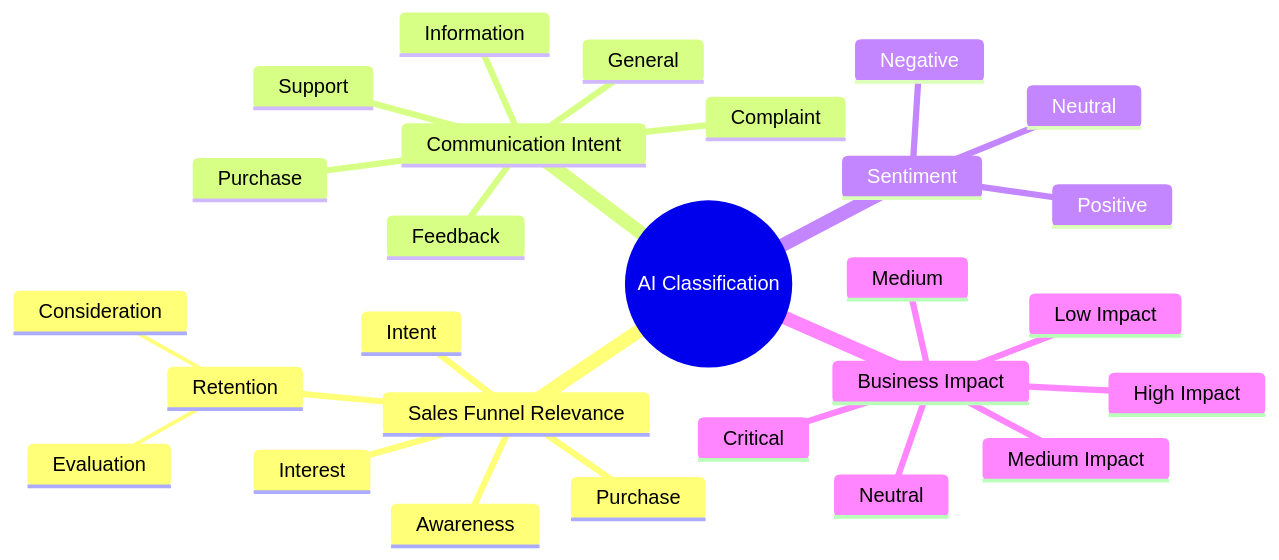
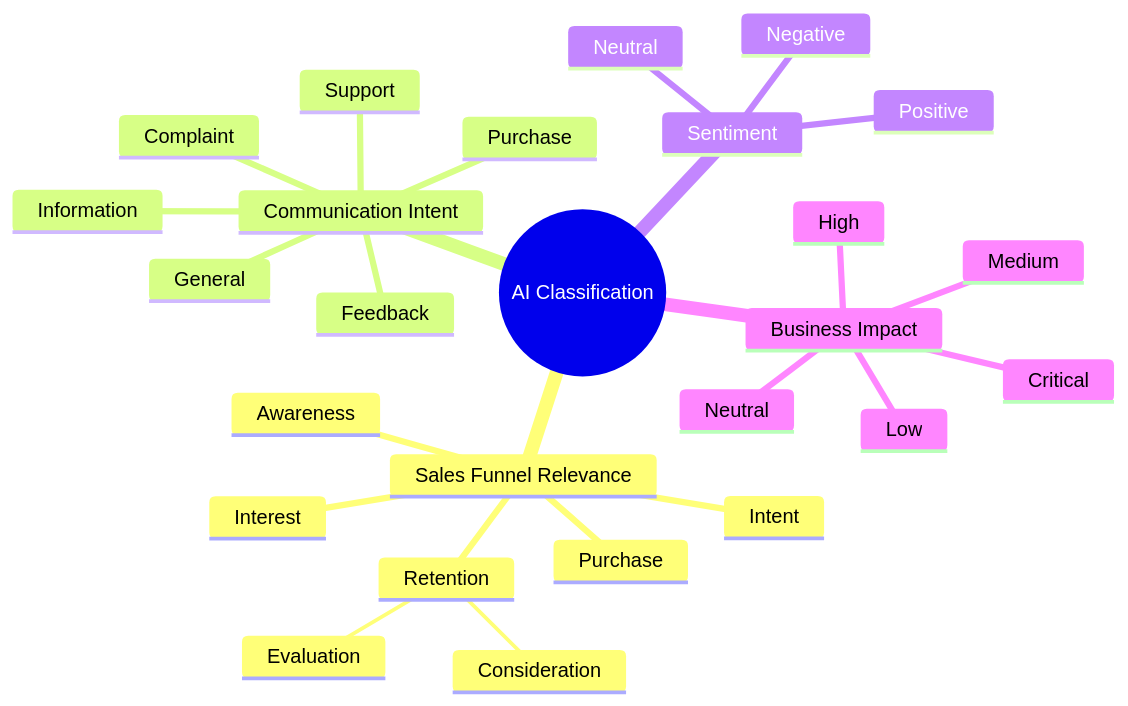
Before and after one commit to Ralo93/CustomerAnalyticsDashboard: the first of 2 diagrams in README.md, drawn with Mermaid.

````diff
--- a/README.md
+++ b/README.md
@@ -7,36 +7,35 @@
 ```mermaid
 mindmap
   root((AI Classification))
     Sales Funnel Relevance
       Awareness
       Interest
       Retention
       	Consideration
       	Evaluation
       Intent
       Purchase
       
 
     Communication Intent
       Complaint
       Feedback
       General
       Information
       Purchase
       Support
 
 
     Sentiment
       Positive
       Neutral
       Negative
 
 
     Business Impact
-      High Impact
-      Medium Impact
-      Low Impact
+      High 
+      Low 
       Critical
       Medium
       Neutral
 ```
````
